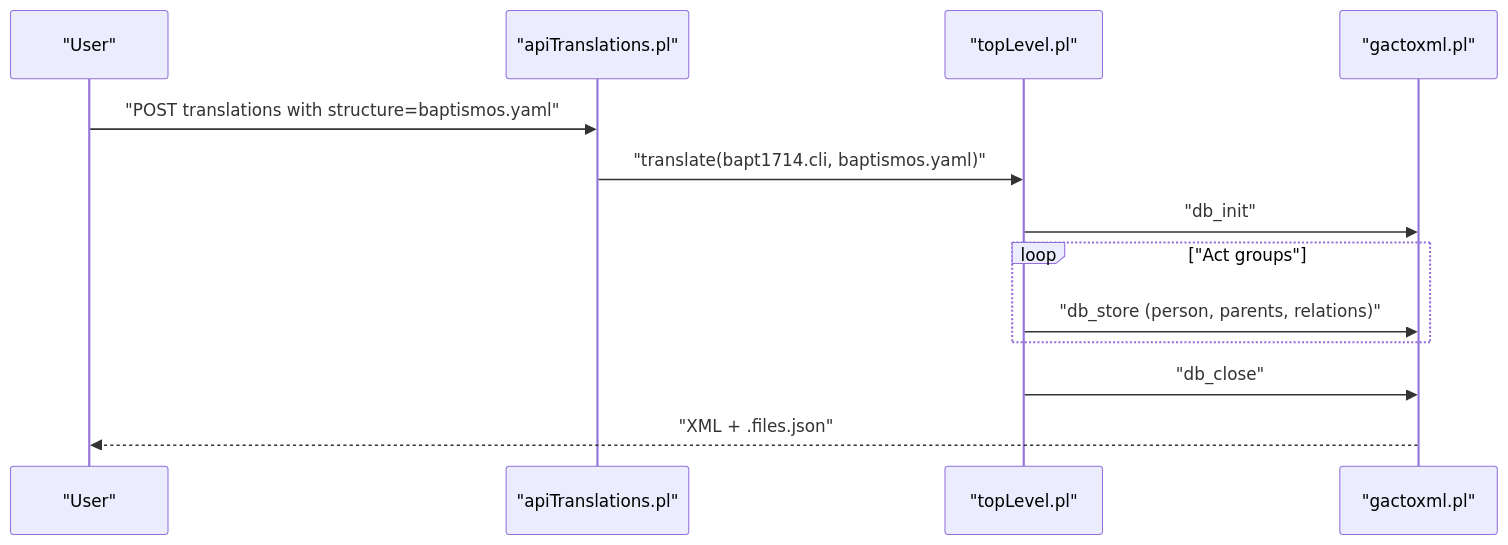
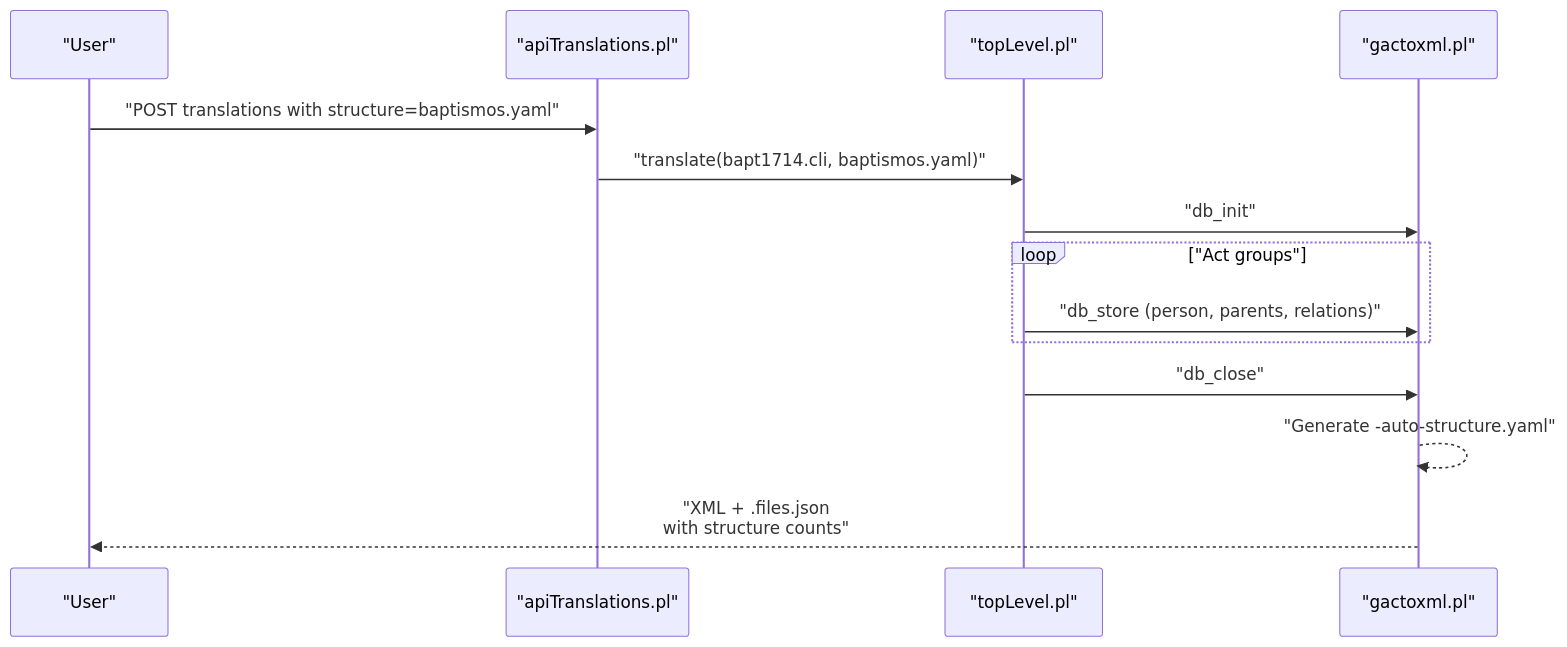
The eighth of 9 diagrams in .qoder/repowiki/en/content/Project Overview/Core Services/Translation Services.md (time-link/timelink-kleio), drawn with Mermaid before and after one commit. The commit also changed other lines of this file and 189 other files, not shown here.

First line of the commit message:
feat: XML diff skill + semantic test infrastructure for YAML migration

````diff
--- a/.qoder/repowiki/en/content/Project Overview/Core Services/Translation Services.md
+++ b/.qoder/repowiki/en/content/Project Overview/Core Services/Translation Services.md
@@ -240,15 +289,16 @@
 ```mermaid
 sequenceDiagram
 participant U as "User"
 participant API as "apiTranslations.pl"
 participant TL as "topLevel.pl"
 participant EX as "gactoxml.pl"
 U->>API : "POST translations with structure=baptismos.yaml"
 API->>TL : "translate(bapt1714.cli, baptismos.yaml)"
 TL->>EX : "db_init"
 loop "Act groups"
 TL->>EX : "db_store (person, parents, relations)"
 end
 TL->>EX : "db_close"
-EX-->>U : "XML + .files.json"
+EX-->>EX : "Generate -auto-structure.yaml"
+EX-->>U : "XML + .files.json<br/>with structure counts"
 ```
````
